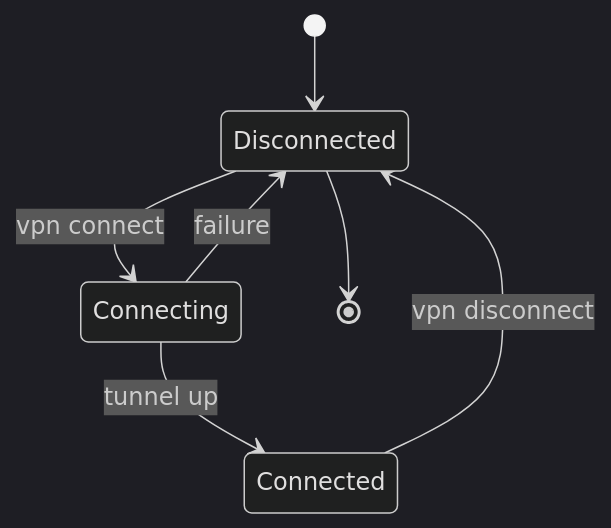
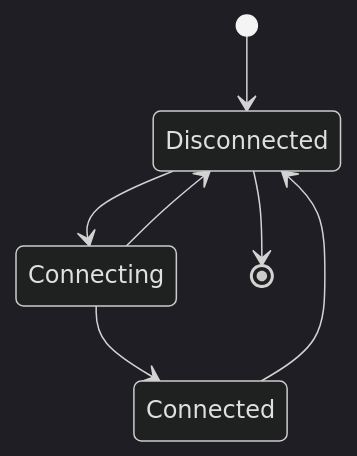
One commit to roto31/Tunnel-Monitor---Universal changed the third of 4 diagrams in docs/vpn-solutions/fortinet-forticlient.md. Above: the diagram before and after it, drawn with Mermaid (dark theme). The commit also changed other lines of this file and 22 other files, not shown here.

````diff
--- a/docs/vpn-solutions/fortinet-forticlient.md
+++ b/docs/vpn-solutions/fortinet-forticlient.md
@@ -62,9 +50,9 @@
 ```mermaid
 stateDiagram-v2
     [*] --> Disconnected
-    Disconnected --> Connecting: vpn connect
-    Connecting --> Connected: tunnel up
-    Connecting --> Disconnected: failure
-    Connected --> Disconnected: vpn disconnect
+    Disconnected --> Connecting
+    Connecting --> Connected
+    Connecting --> Disconnected
+    Connected --> Disconnected
     Disconnected --> [*]
 ```
````
